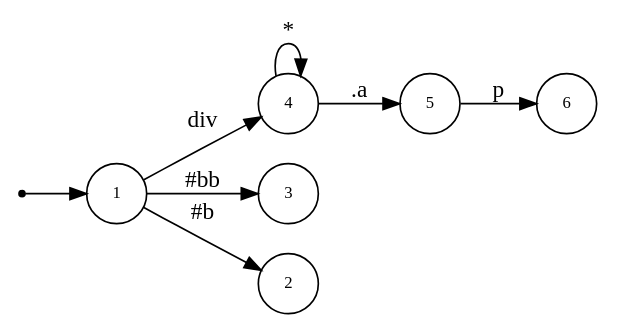
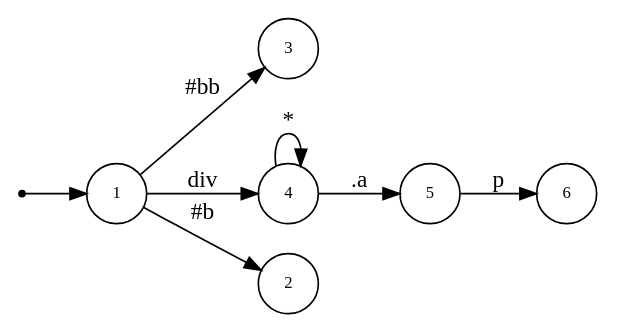
One commit to asukaminato0721/css-bitvector-compiler changed the diagram in css-gen-op/testcase/dot.dot. Above: the diagram before and after it, drawn with Graphviz. The commit also changed other lines of this file and 20 other files, not shown here.

```diff
--- a/css-gen-op/testcase/dot.dot
+++ b/css-gen-op/testcase/dot.dot
@@ -1,19 +1,19 @@
 digraph NFA {
   rankdir=LR;
   node [shape=circle, fontsize=10];
   __start [shape=point, label=""];
   __start -> 1;
+  1 [label="1"];
+  3 [label="3"];
   4 [label="4"];
-  3 [label="3"];
   5 [label="5"];
   6 [label="6"];
-  1 [label="1"];
   2 [label="2"];
   { node [shape=doublecircle]; 2 3 6 }
   1 -> 2 [label="#b"];
   1 -> 3 [label="#bb"];
   1 -> 4 [label="div"];
   4 -> 4 [label="*"];
   4 -> 5 [label=".a"];
   5 -> 6 [label="p"];
 }
```
